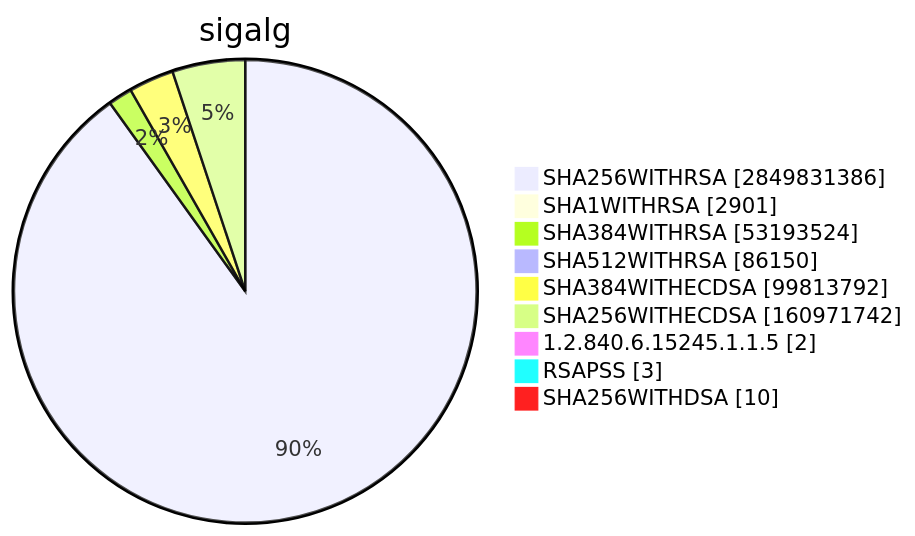
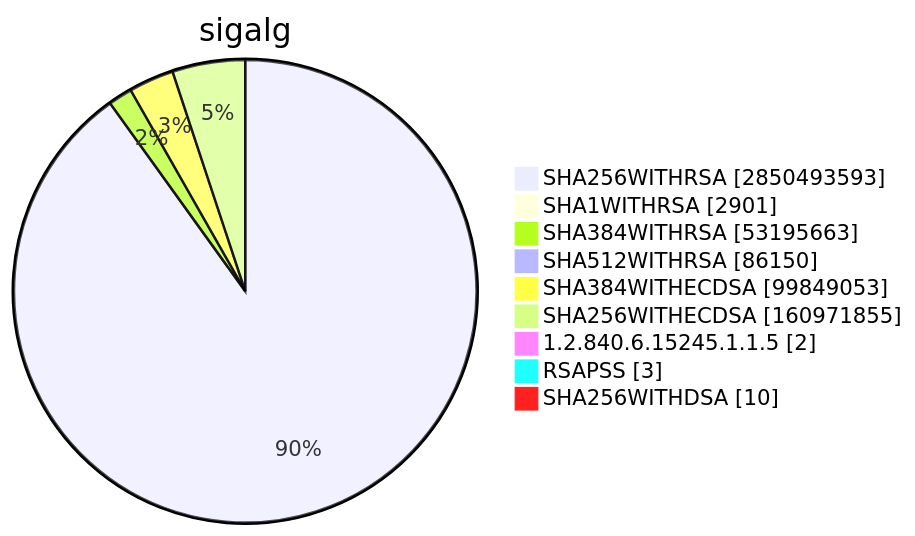
One commit to christiankrug/ctmonitor_visualization changed diagram 15 of 15 in TOTAL/README.md. Above: the diagram before and after it, drawn with Mermaid. The commit also changed other lines of this file, not shown here.

````diff
--- a/TOTAL/README.md
+++ b/TOTAL/README.md
@@ -6207,13 +6207,13 @@
 ```mermaid
 pie showData
 title sigalg
-"SHA256WITHRSA" :2849831386
+"SHA256WITHRSA" :2850493593
 "SHA1WITHRSA" :2901
-"SHA384WITHRSA" :53193524
+"SHA384WITHRSA" :53195663
 "SHA512WITHRSA" :86150
-"SHA384WITHECDSA" :99813792
-"SHA256WITHECDSA" :160971742
+"SHA384WITHECDSA" :99849053
+"SHA256WITHECDSA" :160971855
 "1.2.840.6.15245.1.1.5" :2
 "RSAPSS" :3
 "SHA256WITHDSA" :10
 ```
````
